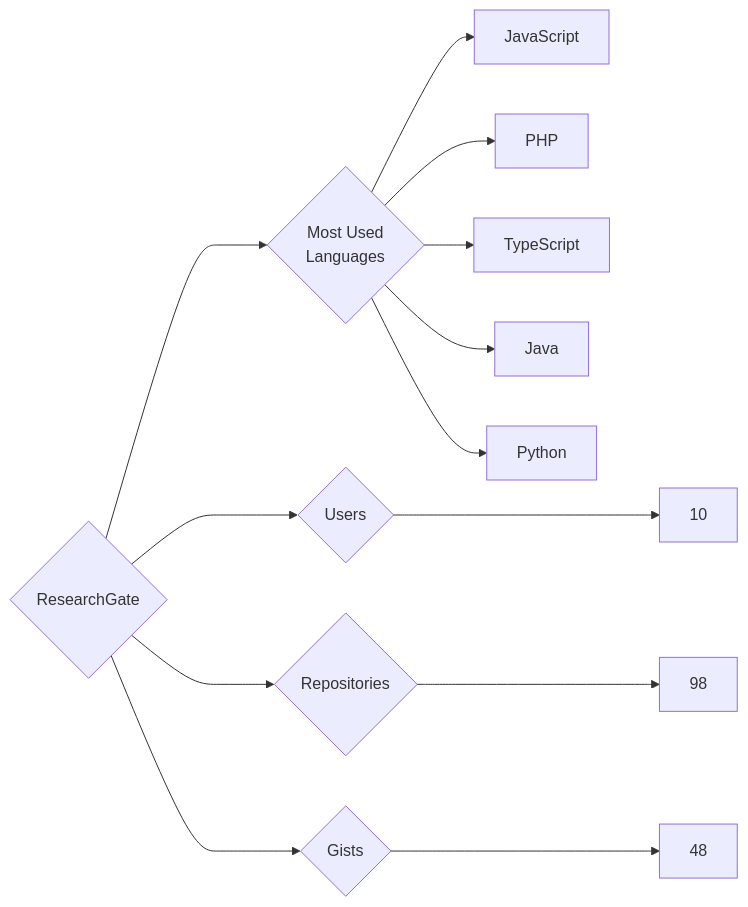
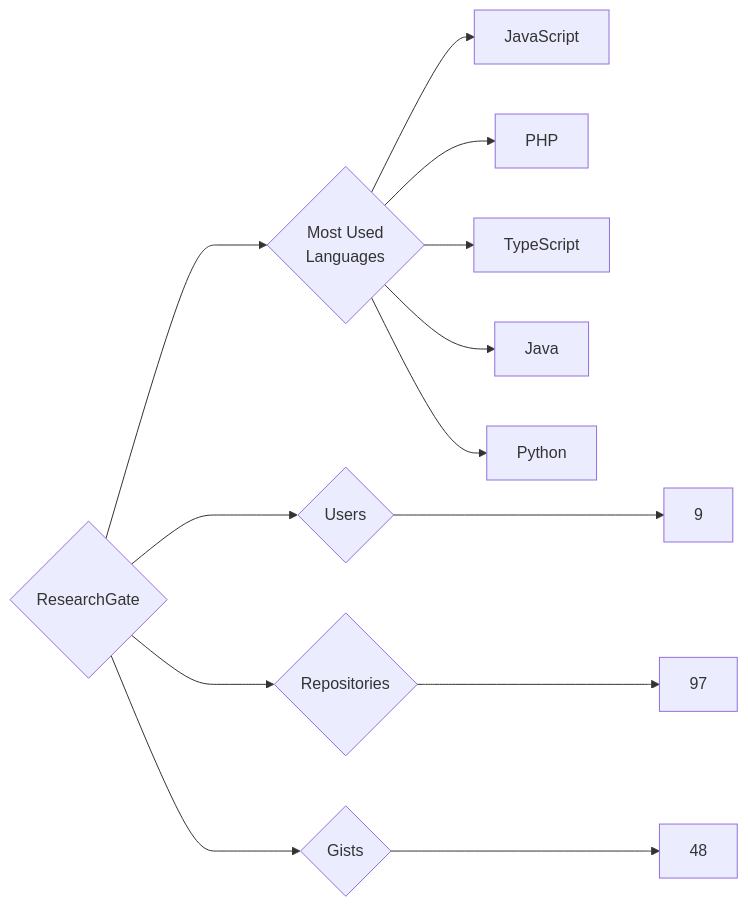
One commit to trickest/insiders changed the diagram in targets/ResearchGate/README.md. Above: the diagram before and after it, drawn with Mermaid. The commit also changed 920 other files, not shown here.

````diff
--- a/targets/ResearchGate/README.md
+++ b/targets/ResearchGate/README.md
@@ -3,13 +3,13 @@
 ```mermaid
 graph LR
 COMPANY_NAME{ResearchGate}
-COMPANY_NAME ---> U{Users} ---> UN[10]
-COMPANY_NAME ---> R{Repositories} ---> RN[98]
+COMPANY_NAME ---> U{Users} ---> UN[9]
+COMPANY_NAME ---> R{Repositories} ---> RN[97]
 COMPANY_NAME ---> G{Gists} ---> GN[48]
 COMPANY_NAME ---> ML{Most Used<br>Languages}
 ML --> JavaScript[JavaScript]
 ML --> PHP[PHP]
 ML --> TypeScript[TypeScript]
 ML --> Java[Java]
 ML --> Python[Python]
 ```
````
